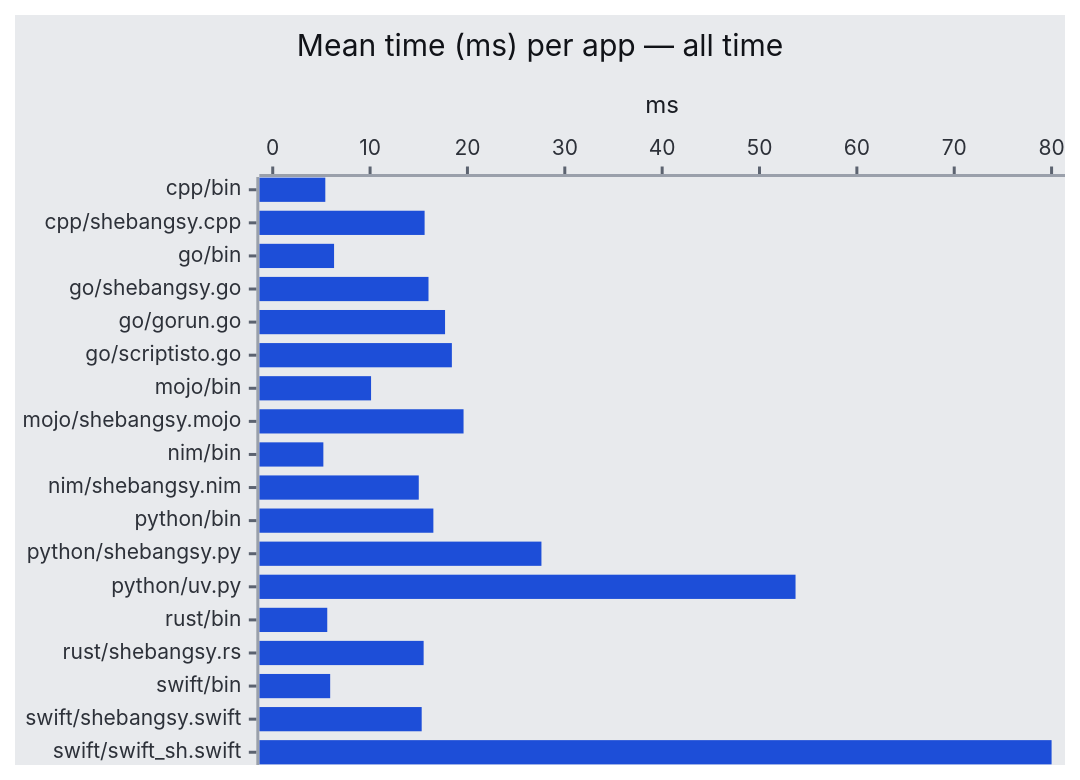
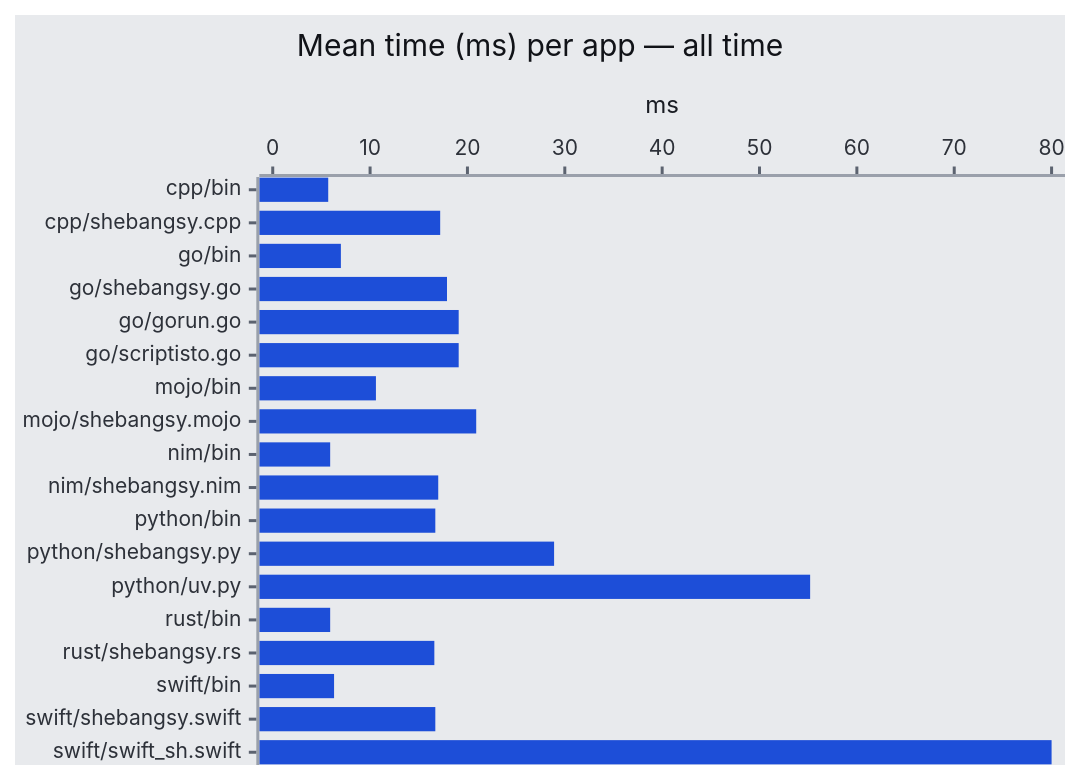
Before and after one commit to bdombro/shebangsy: the third of 5 diagrams in benches-report.md, drawn with Mermaid. The commit also changed other lines of this file and 18 other files, not shown here.

````diff
--- a/benches-report.md
+++ b/benches-report.md
@@ -73,23 +73,23 @@
 ```mermaid
 ---
 config:
   themeVariables:
     xyChart:
       backgroundColor: "#e8eaed"
       plotColorPalette: "#1d4ed8, #1d4ed8, #15803d, #15803d, #15803d, #15803d, #a16207, #a16207, #7c3aed, #7c3aed, #b91c1c, #b91c1c, #b91c1c, #0e7490, #0e7490, #4338ca, #4338ca, #4338ca"
       titleColor: "#111318"
       xAxisLabelColor: "#2d3139"
       yAxisLabelColor: "#2d3139"
       xAxisTitleColor: "#1a1d24"
       yAxisTitleColor: "#1a1d24"
       xAxisLineColor: "#9aa0ab"
       yAxisLineColor: "#9aa0ab"
       xAxisTickColor: "#5c6370"
       yAxisTickColor: "#5c6370"
 ---
 xychart-beta horizontal
     title "Mean time (ms) per app — all time"
     x-axis ["cpp/bin", "cpp/shebangsy.cpp", "go/bin", "go/shebangsy.go", "go/gorun.go", "go/scriptisto.go", "mojo/bin", "mojo/shebangsy.mojo", "nim/bin", "nim/shebangsy.nim", "python/bin", "python/shebangsy.py", "python/uv.py", "rust/bin", "rust/shebangsy.rs", "swift/bin", "swift/shebangsy.swift", "swift/swift_sh.swift"]
     y-axis "ms" 0 --> 80
-    bar [5.4, 15.6, 6.3, 16.0, 17.7, 18.4, 10.1, 19.6, 5.2, 15.0, 16.5, 27.6, 53.7, 5.6, 15.5, 5.9, 15.3, 80.0]
+    bar [5.7, 17.2, 7.0, 17.9, 19.1, 19.1, 10.6, 20.9, 5.9, 17.0, 16.7, 28.9, 55.2, 5.9, 16.6, 6.3, 16.7, 80.0]
 ```
````
